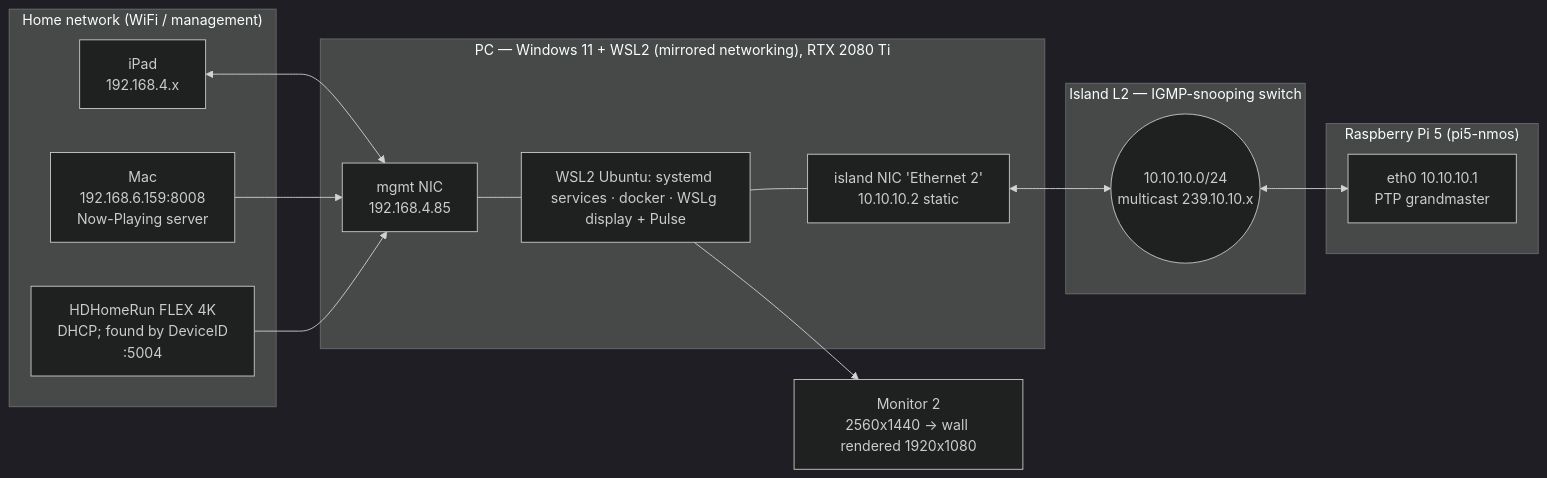
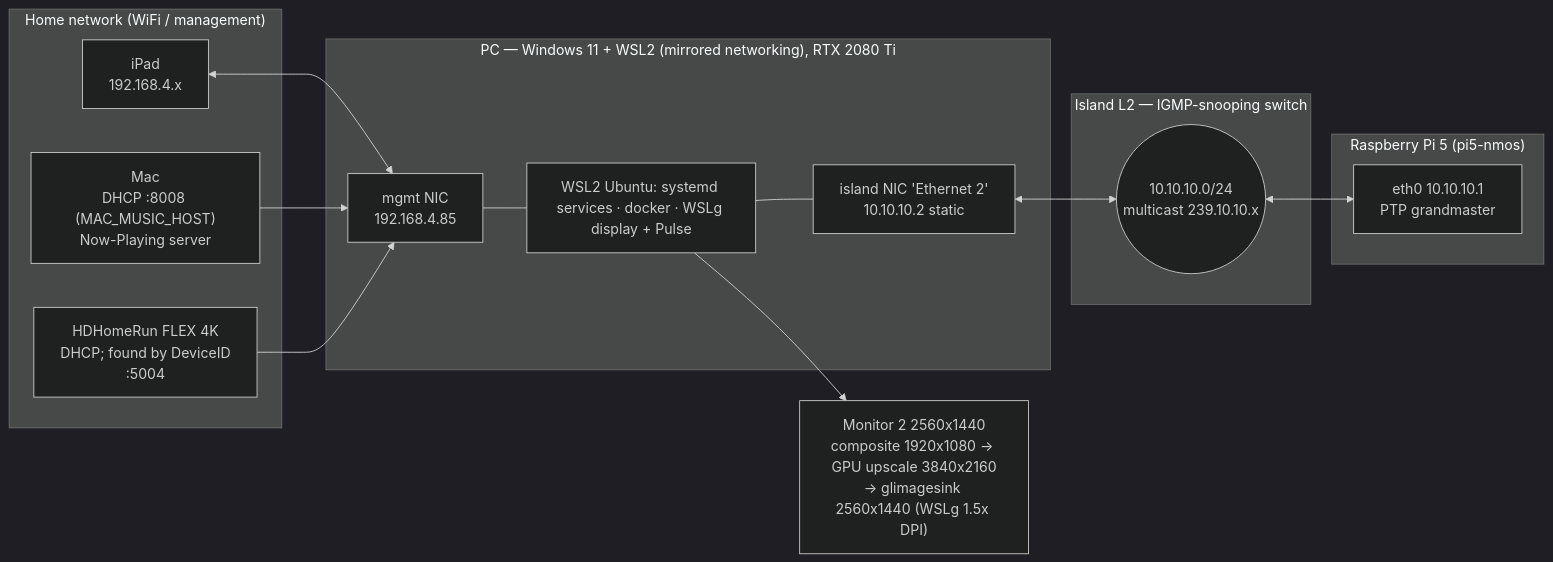
Before and after one commit to dgp1000/pi-nmos-st2110: the second of 12 diagrams in docs/ARCHITECTURE.md, drawn with Mermaid (dark theme). The commit also changed other lines of this file and 2 other files, not shown here.

First line of the commit message:
docs: on-screen present path is glimagesink (GL/EGL), fullscreen on Monitor 2

````diff
--- a/docs/ARCHITECTURE.md
+++ b/docs/ARCHITECTURE.md
@@ -110,33 +110,33 @@
 ```mermaid
 flowchart LR
   subgraph HOME["Home network (WiFi / management)"]
     ipad2["iPad<br/>192.168.4.x"]
-    mac["Mac<br/>192.168.6.159:8008<br/>Now-Playing server"]
+    mac["Mac<br/>DHCP :8008 (MAC_MUSIC_HOST)<br/>Now-Playing server"]
     hdhr["HDHomeRun FLEX 4K<br/>DHCP; found by DeviceID<br/>:5004"]
   end
 
   subgraph PC["PC — Windows 11 + WSL2 (mirrored networking), RTX 2080 Ti"]
     wifi["mgmt NIC<br/>192.168.4.85"]
     eth2["island NIC 'Ethernet 2'<br/>10.10.10.2 static"]
     wsl["WSL2 Ubuntu: systemd services · docker · WSLg display + Pulse"]
   end
 
   subgraph ISL["Island L2 — IGMP-snooping switch"]
     sw(("10.10.10.0/24<br/>multicast 239.10.10.x"))
   end
 
   subgraph RPI["Raspberry Pi 5 (pi5-nmos)"]
     pieth["eth0 10.10.10.1<br/>PTP grandmaster"]
   end
 
-  mon2["Monitor 2<br/>2560x1440 → wall rendered 1920x1080"]
+  mon2["Monitor 2 2560x1440<br/>composite 1920x1080 → GPU upscale 3840x2160<br/>→ glimagesink 2560x1440 (WSLg 1.5x DPI)"]
 
   ipad2 <--> wifi
   mac --> wifi
   hdhr --> wifi
   wifi --- wsl
   wsl --- eth2
   eth2 <--> sw
   sw <--> pieth
   wsl --> mon2
 ```
````
